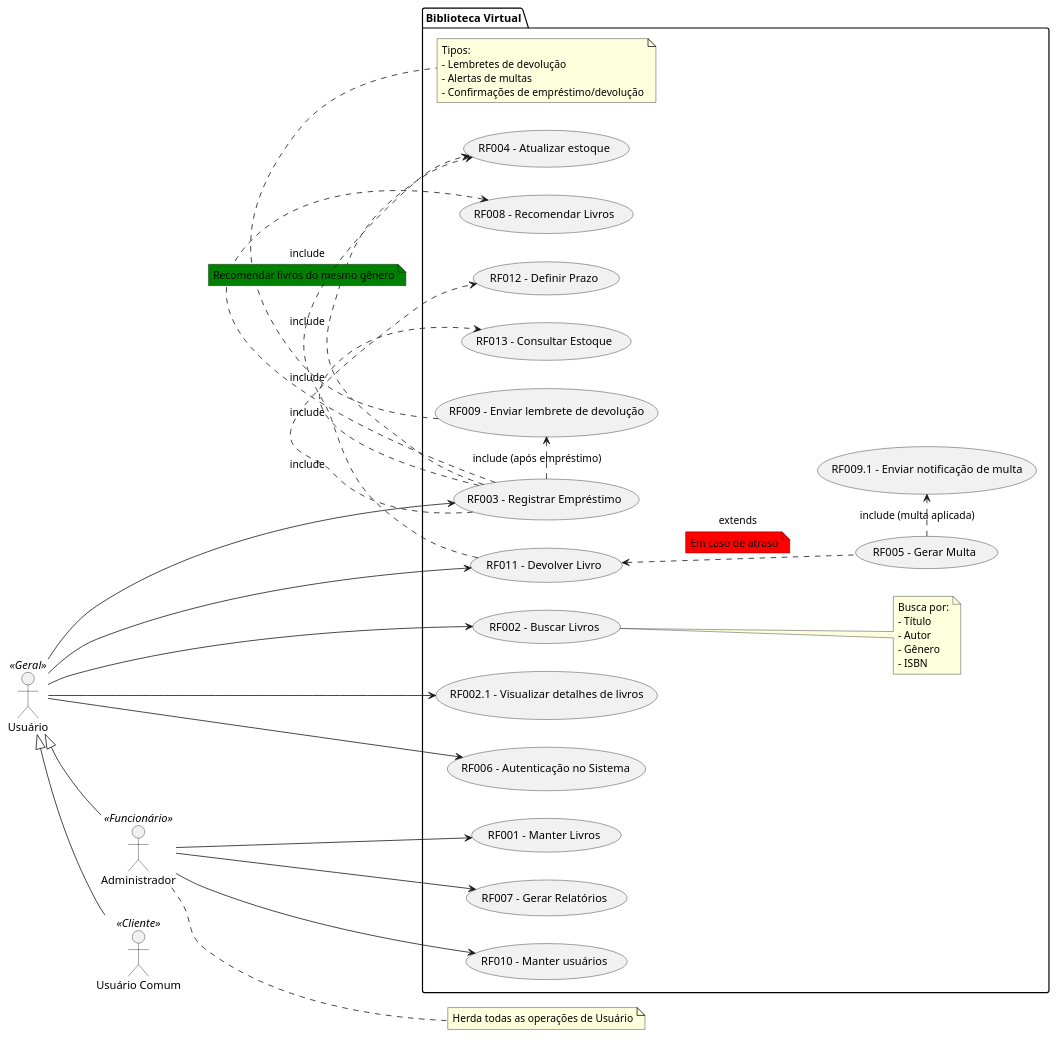
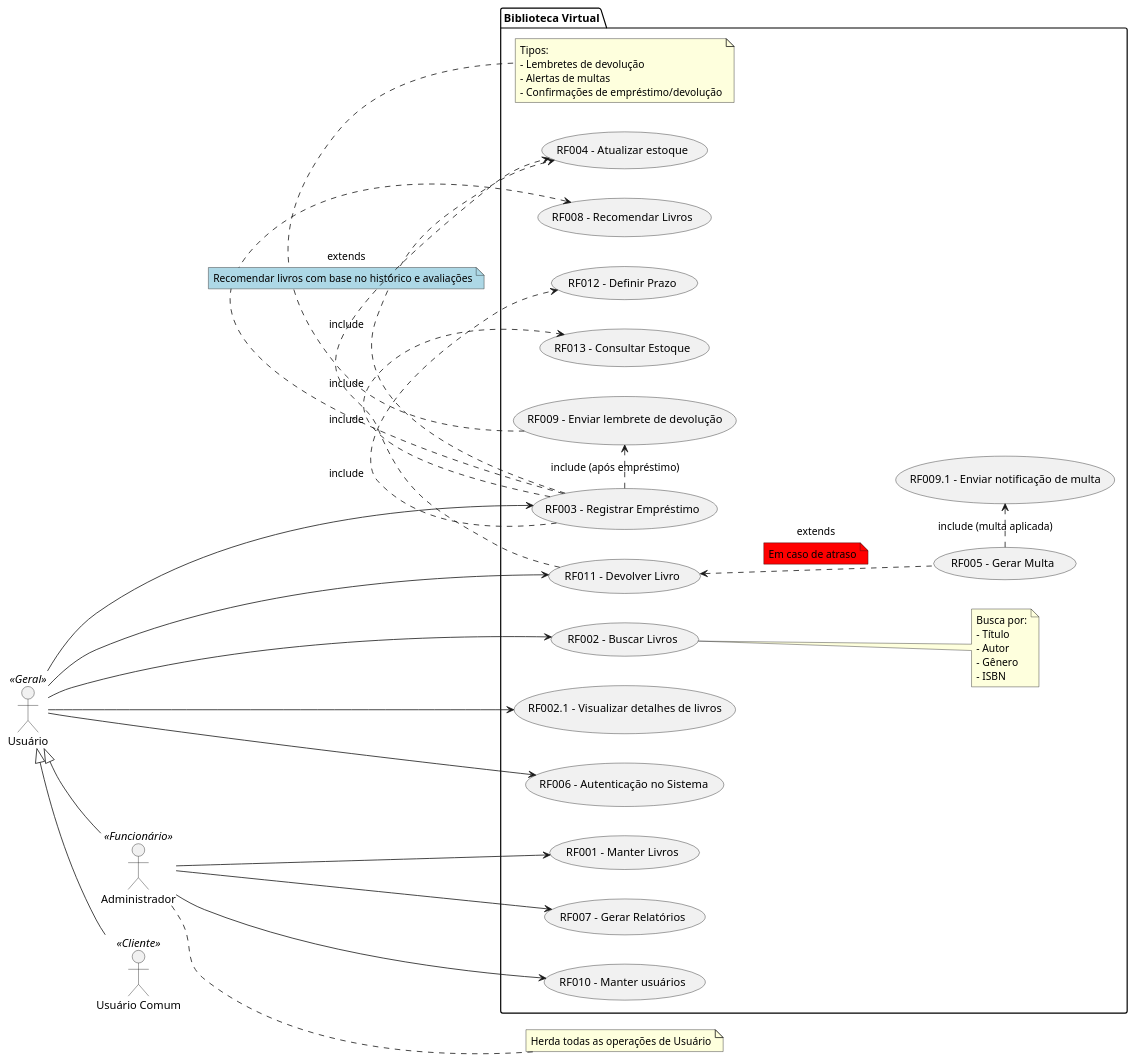
One commit to nyckturbina/e-library changed the diagram in docs/uml/use-case/use-case.puml. Above: the diagram before and after it, drawn with PlantUML.

Commit message:
Atualização: Recomendação do livro
Diagrama de casos de uso

```diff
--- a/docs/uml/use-case/use-case.puml
+++ b/docs/uml/use-case/use-case.puml
@@ -1,75 +1,75 @@
 @startuml BibliotecaVirtual
 
 left to right direction
 
 actor Usuario as "Usuário" <<Geral>>
 actor UsuarioComum as "Usuário Comum" <<Cliente>>
 actor Administrador as "Administrador" <<Funcionário>>
 
 Usuario <|-- UsuarioComum
 Usuario <|-- Administrador
 
 package "Biblioteca Virtual" {
     usecase "RF001 - Manter Livros" as UC1
     usecase "RF002 - Buscar Livros" as UC2
     usecase "RF002.1 - Visualizar detalhes de livros" as UC2_1
     usecase "RF003 - Registrar Empréstimo" as emprestimo
     usecase "RF004 - Atualizar estoque" as atualizar_estoque
     usecase "RF005 - Gerar Multa" as UC5
     ' usecase "RF005.1 - Enviar lembrete de devolução" as UC5_1
     usecase "RF006 - Autenticação no Sistema" as UC6
     usecase "RF007 - Gerar Relatórios" as UC7
     usecase "RF008 - Recomendar Livros" as recomendar
     usecase "RF009 - Enviar lembrete de devolução" as lembrete
     usecase "RF009.1 - Enviar notificação de multa" as notificacao_multa
     usecase "RF010 - Manter usuários" as UC10
     usecase "RF011 - Devolver Livro" as devolver
     usecase "RF012 - Definir Prazo" as UC12
     usecase "RF013 - Consultar Estoque" as UC13
 
     note right of UC2
         Busca por:
         - Título
         - Autor
         - Gênero
         - ISBN
     end note
 
     note bottom of lembrete
         Tipos:
         - Lembretes de devolução
         - Alertas de multas
         - Confirmações de empréstimo/devolução
     end note
 }
 
 Usuario --> UC2
 Usuario --> UC2_1
 Usuario --> emprestimo
 Usuario --> UC6
 Usuario --> devolver
 
 Administrador --> UC1
 Administrador --> UC7
 Administrador --> UC10
 
 emprestimo .> atualizar_estoque : include
-emprestimo .> recomendar : include
-note on link #green
-   Recomendar livros do mesmo gênero
+emprestimo .> recomendar : extends
+note on link #LightBlue
+   Recomendar livros com base no histórico e avaliações
 end note
 
 emprestimo .> lembrete : include (após empréstimo)
 emprestimo .> UC12 : include
 emprestimo .> UC13 : include
 UC5 .> notificacao_multa : include (multa aplicada)
 devolver .> atualizar_estoque : include
 
 devolver <.. UC5 : extends
 note on link #red: Em caso de atraso
 
 note right of Administrador
     Herda todas as operações de Usuário
 end note
 
 @enduml
```
